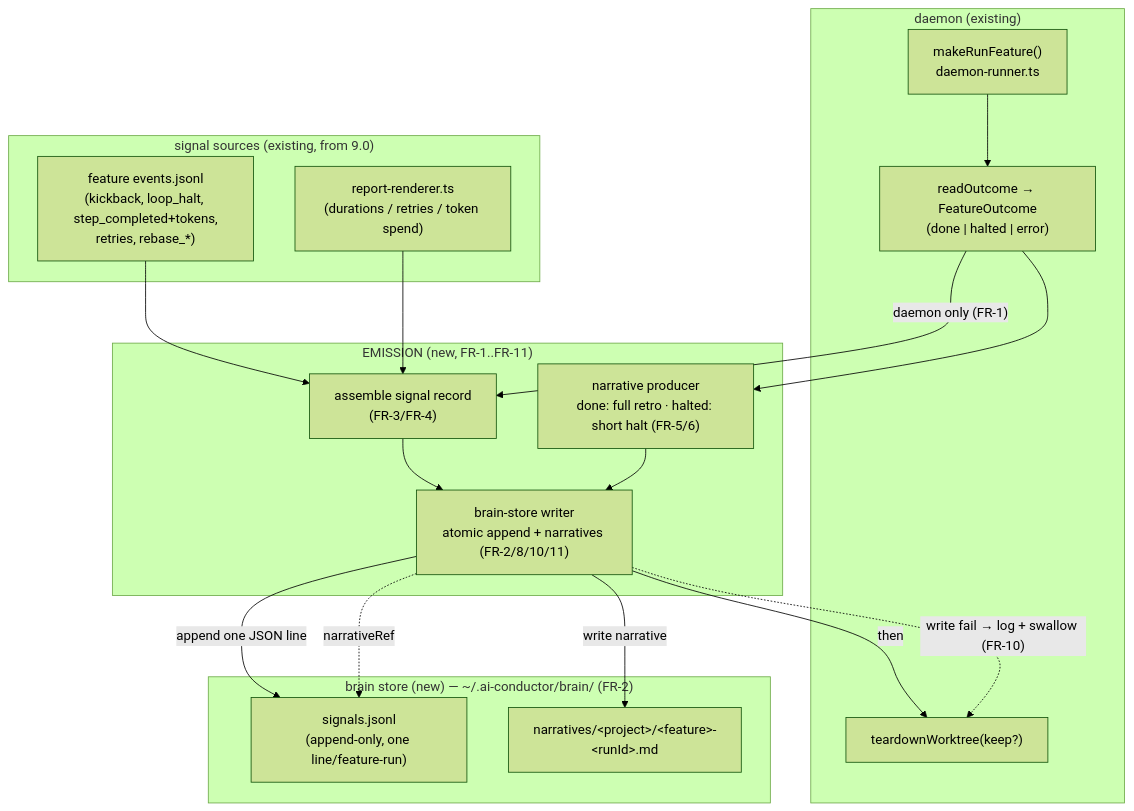
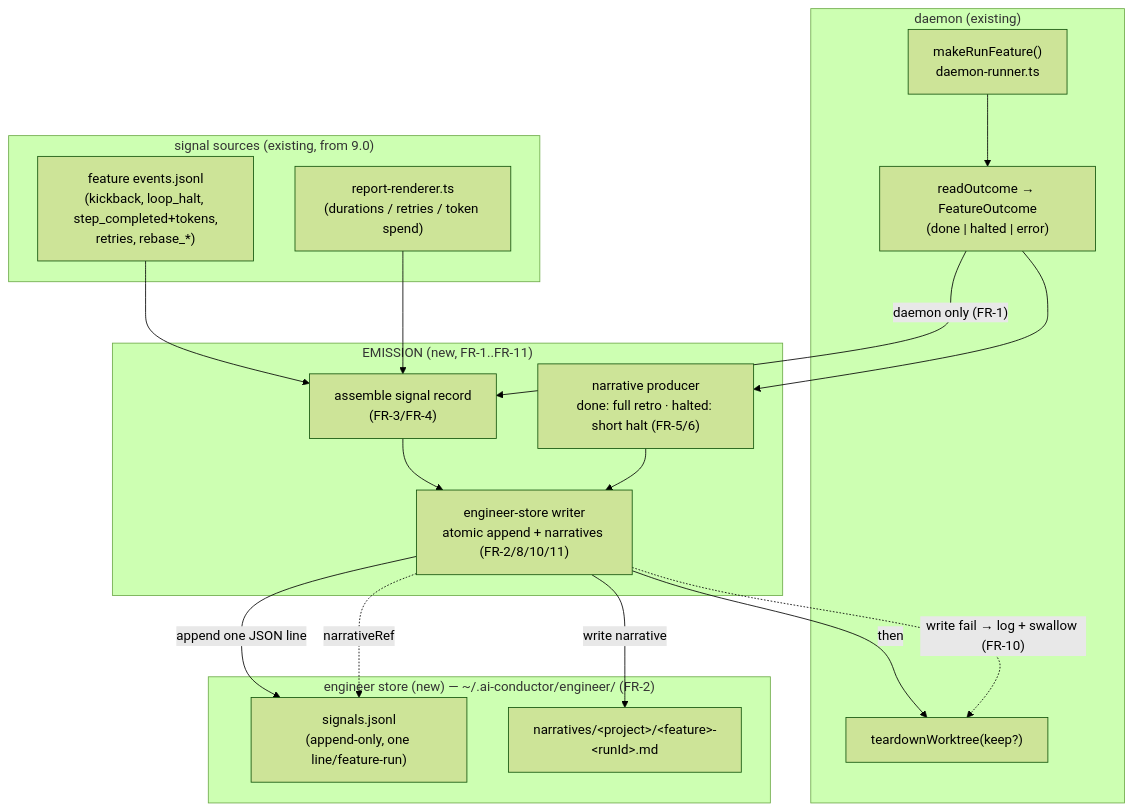
One commit to jstoup111/ai-conductor changed the first of 3 diagrams in .docs/architecture/2026-06-25-phase-9.1-emission-path.md. Above: the diagram before and after it, drawn with Mermaid (forest theme). The commit also changed other lines of this file and 25 other files, not shown here.

First line of the commit message:
refactor(conduct-ts): sweep "brain" → "engineer" in .docs historical records

````diff
--- a/.docs/architecture/2026-06-25-phase-9.1-emission-path.md
+++ b/.docs/architecture/2026-06-25-phase-9.1-emission-path.md
@@ -12,37 +12,37 @@
 ```mermaid
 graph TD
     subgraph daemon["daemon (existing)"]
         runFeature["makeRunFeature()<br/>daemon-runner.ts"]
         outcome["readOutcome → FeatureOutcome<br/>(done | halted | error)"]
         teardown["teardownWorktree(keep?)"]
     end
 
     subgraph sources["signal sources (existing, from 9.0)"]
         events["feature events.jsonl<br/>(kickback, loop_halt, step_completed+tokens,<br/>retries, rebase_*)"]
         report["report-renderer.ts<br/>(durations / retries / token spend)"]
     end
 
     subgraph emit["EMISSION (new, FR-1..FR-11)"]
         assemble["assemble signal record<br/>(FR-3/FR-4)"]
         narrate["narrative producer<br/>done: full retro · halted: short halt (FR-5/6)"]
-        store["brain-store writer<br/>atomic append + narratives (FR-2/8/10/11)"]
+        store["engineer-store writer<br/>atomic append + narratives (FR-2/8/10/11)"]
     end
 
-    subgraph brain["brain store (new) — ~/.ai-conductor/brain/ (FR-2)"]
+    subgraph engineer["engineer store (new) — ~/.ai-conductor/engineer/ (FR-2)"]
         jsonl["signals.jsonl<br/>(append-only, one line/feature-run)"]
         narr["narratives/&lt;project&gt;/&lt;feature&gt;-&lt;runId&gt;.md"]
     end
 
     runFeature --> outcome
     outcome -->|"daemon only (FR-1)"| assemble
     events --> assemble
     report --> assemble
     outcome --> narrate
     assemble --> store
     narrate --> store
     store -->|append one JSON line| jsonl
     store -->|write narrative| narr
     store -.->|narrativeRef| jsonl
     store -->|then| teardown
     store -.->|"write fail → log + swallow (FR-10)"| teardown
 ```
````
